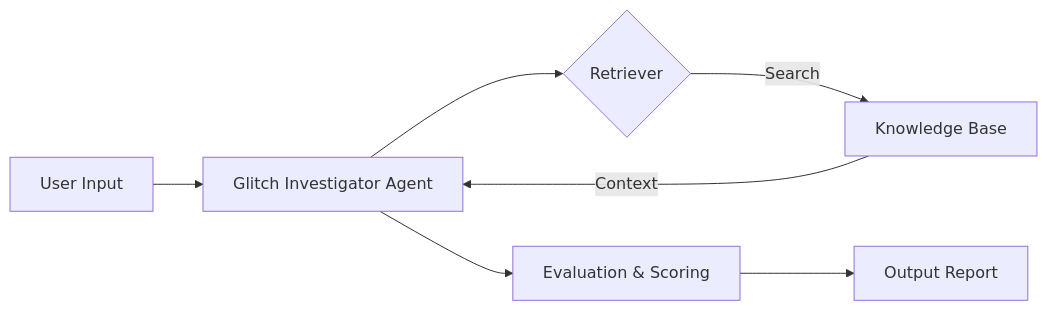
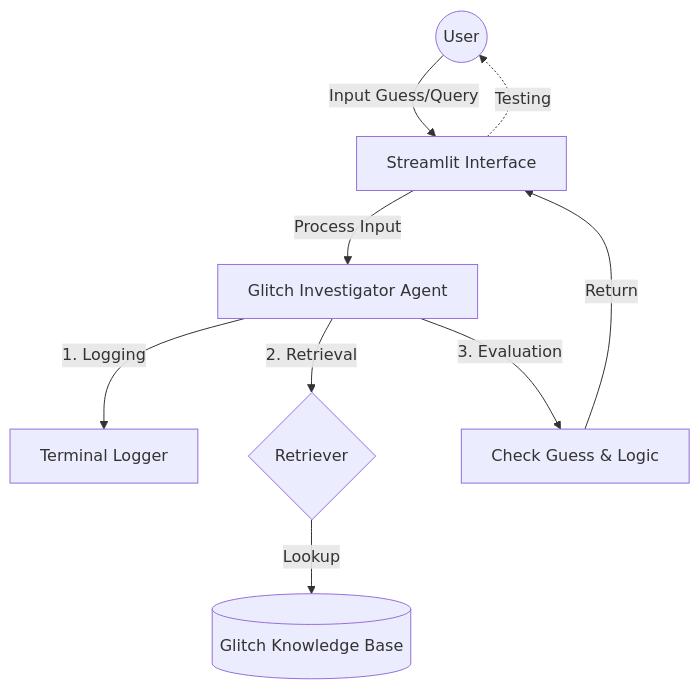
Before and after one commit to hilooloo/applied-ai-system-project: the diagram in diagrams/architecture.mmd, drawn with Mermaid.

Commit message:
Update architecture diagram to meet project requirements

```diff
--- a/diagrams/architecture.mmd
+++ b/diagrams/architecture.mmd
@@ -1,7 +1,16 @@
-graph LR
-    A[User Input] --> B[Glitch Investigator Agent]
-    B --> C{Retriever}
-    C -->|Search| D[Knowledge Base]
-    D -->|Context| B
-    B --> E[Evaluation & Scoring]
-    E --> F[Output Report]
+graph TD
+    %% Human Interaction
+    User((User)) -->|Input Guess/Query| UI[Streamlit Interface]
+    
+    %% AI Components
+    UI -->|Process Input| Agent[Glitch Investigator Agent]
+    Agent -->|1. Logging| Logger[Terminal Logger]
+    Agent -->|2. Retrieval| Retriever{Retriever}
+    Retriever -->|Lookup| DB[(Glitch Knowledge Base)]
+    
+    %% Output & Logic
+    Agent -->|3. Evaluation| Logic[Check Guess & Logic]
+    Logic -->|Return| UI
+    
+    %% Testing/Verification
+    UI -.->|Testing| User
```
